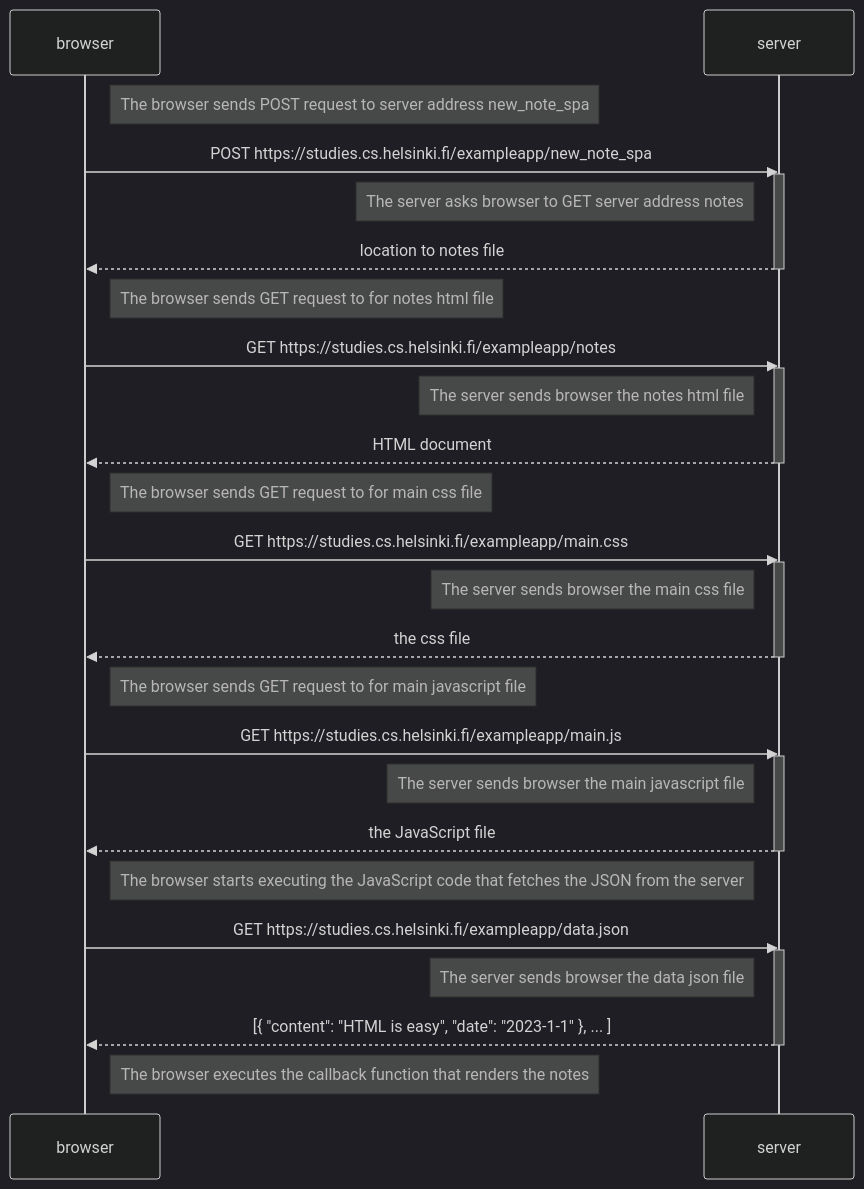
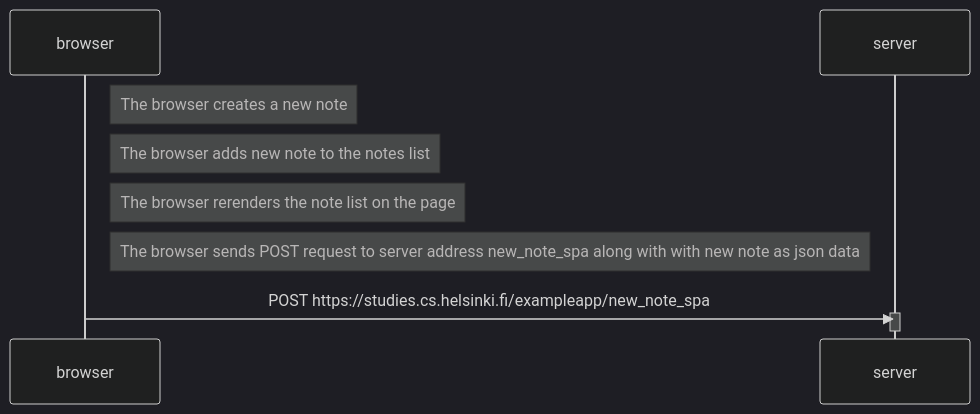
The diagram in part0/exercise0.6.md (emustafaa/fullstackopen), drawn with Mermaid (dark theme) before and after one commit.

Commit message:
Revise sequence diagram for note creation process
Updated the sequence diagram to reflect the new note creation process and removed unnecessary GET requests for notes and related files.

````diff
--- a/part0/exercise0.6.md
+++ b/part0/exercise0.6.md
@@ -2,49 +2,15 @@
 ```mermaid
 
 sequenceDiagram;
     participant browser
     participant server
 
-    Note right of browser: The browser sends POST request to server address new_note_spa
+    Note right of browser: The browser creates a new note
+    Note right of browser: The browser adds new note to the notes list
+    Note right of browser: The browser rerenders the note list on the page
+    Note right of browser: The browser sends POST request to server address new_note_spa along with with new note as json data
     browser->>server: POST https://studies.cs.helsinki.fi/exampleapp/new_note_spa
     activate server
-    Note left of server: The server asks browser to GET server address notes
-    server-->>browser: location to notes file
     
     deactivate server
-
-    Note right of browser: The browser sends GET request to for notes html file
-
-    browser->>server: GET https://studies.cs.helsinki.fi/exampleapp/notes
-    activate server
-    Note left of server: The server sends browser the notes html file
-    server-->>browser: HTML document
-    
-    deactivate server
-
-    Note right of browser: The browser sends GET request to for main css file
-
-    browser->>server: GET https://studies.cs.helsinki.fi/exampleapp/main.css
-    activate server
-    Note left of server: The server sends browser the main css file
-    server-->>browser: the css file
-    deactivate server
-
-    Note right of browser: The browser sends GET request to for main javascript file
-
-    browser->>server: GET https://studies.cs.helsinki.fi/exampleapp/main.js
-    activate server
-    Note left of server: The server sends browser the main javascript file
-    server-->>browser: the JavaScript file
-    deactivate server
-
-    Note right of browser: The browser starts executing the JavaScript code that fetches the JSON from the server
-
-    browser->>server: GET https://studies.cs.helsinki.fi/exampleapp/data.json
-    activate server
-    Note left of server: The server sends browser the data json file
-    server-->>browser: [{ "content": "HTML is easy", "date": "2023-1-1" }, ... ]
-    deactivate server
-
-    Note right of browser: The browser executes the callback function that renders the notes
 ```
````
